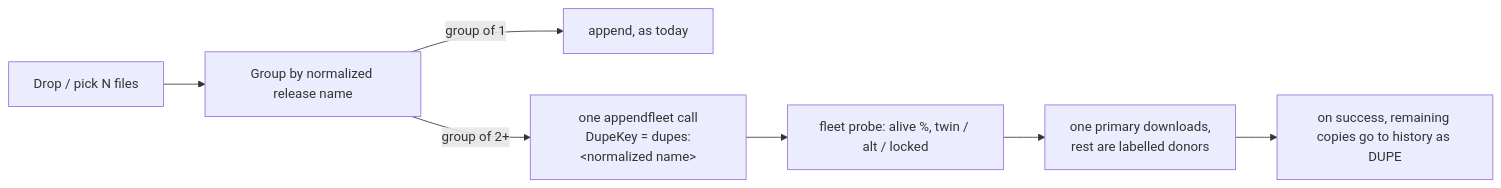
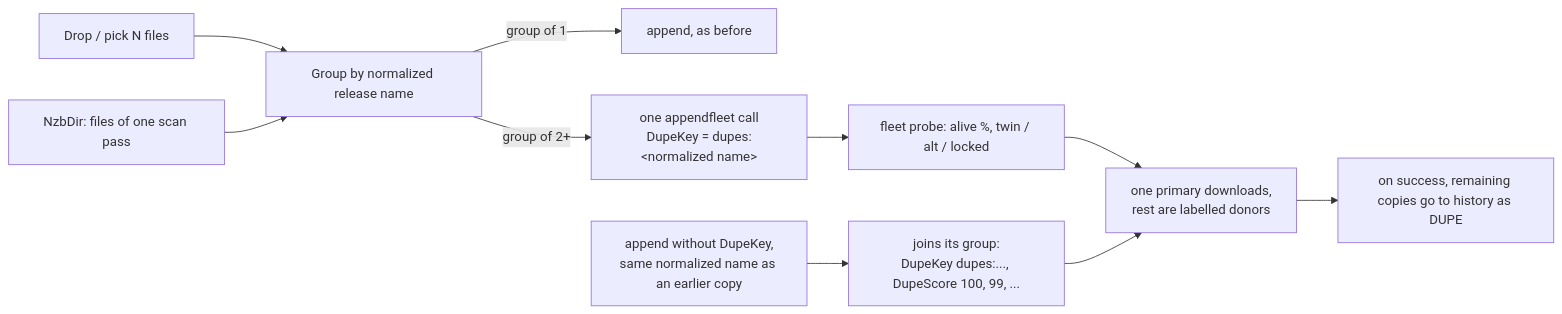
One commit to Appz4Fun/RustyGet changed the diagram in docs/DROP_AS_FLEET.md. Above: the diagram before and after it, drawn with Mermaid. The commit also changed other lines of this file and 15 other files, not shown here.

````diff
--- a/docs/DROP_AS_FLEET.md
+++ b/docs/DROP_AS_FLEET.md
@@ -20,9 +23,12 @@
 ```mermaid
 flowchart LR
     D[Drop / pick N files] --> G[Group by normalized release name]
-    G -->|group of 1| A[append, as today]
+    N[NzbDir: files of one scan pass] --> G
+    G -->|group of 1| A[append, as before]
     G -->|group of 2+| F[one appendfleet call<br/>DupeKey = dupes:&lt;normalized name&gt;]
     F --> P[fleet probe: alive %, twin / alt / locked]
     P --> Q[one primary downloads,<br/>rest are labelled donors]
     Q --> S[on success, remaining copies go to history as DUPE]
+    J[append without DupeKey,<br/>same normalized name as an earlier copy] --> K[joins its group:<br/>DupeKey dupes:..., DupeScore 100, 99, ...]
+    K --> Q
 ```
````
